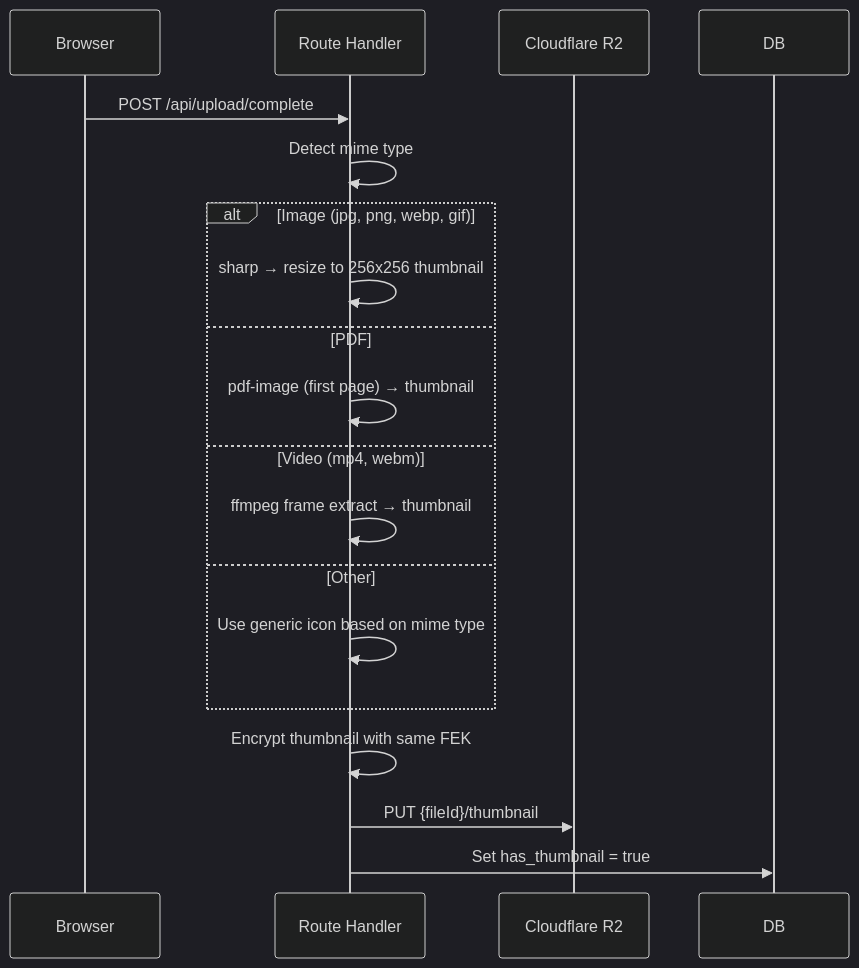
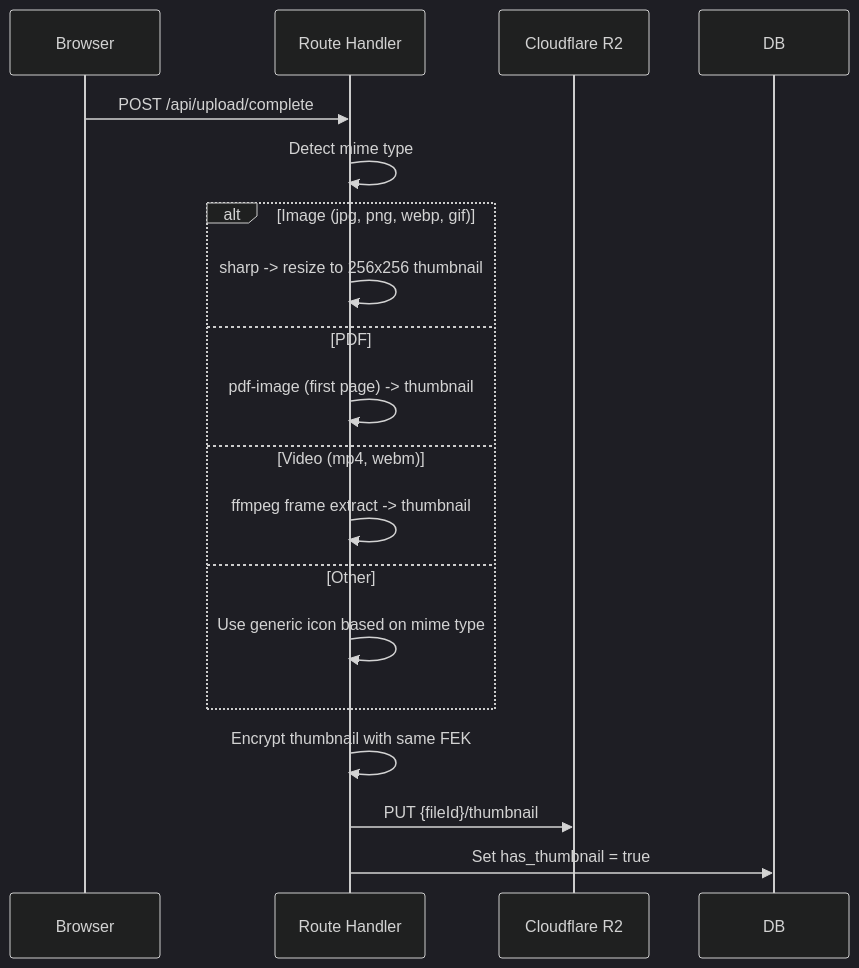
Before and after one commit to MariaDB-Hackathon-MY-2026/securevault: diagram 13 of 15 in implementation_plan.md, drawn with Mermaid (dark theme). The commit also changed other lines of this file and 16 other files, not shown here.

````diff
--- a/implementation_plan.md
+++ b/implementation_plan.md
@@ -919,21 +1111,21 @@
 ```mermaid
 sequenceDiagram
     participant Client as Browser
     participant RH as Route Handler
     participant R2 as Cloudflare R2
 
     Client->>RH: POST /api/upload/complete
     RH->>RH: Detect mime type
     alt Image (jpg, png, webp, gif)
-        RH->>RH: sharp → resize to 256x256 thumbnail
+        RH->>RH: sharp -> resize to 256x256 thumbnail
     else PDF
-        RH->>RH: pdf-image (first page) → thumbnail
+        RH->>RH: pdf-image (first page) -> thumbnail
     else Video (mp4, webm)
-        RH->>RH: ffmpeg frame extract → thumbnail
+        RH->>RH: ffmpeg frame extract -> thumbnail
     else Other
         RH->>RH: Use generic icon based on mime type
     end
     RH->>RH: Encrypt thumbnail with same FEK
     RH->>R2: PUT {fileId}/thumbnail
     RH->>DB: Set has_thumbnail = true
 ```
````
